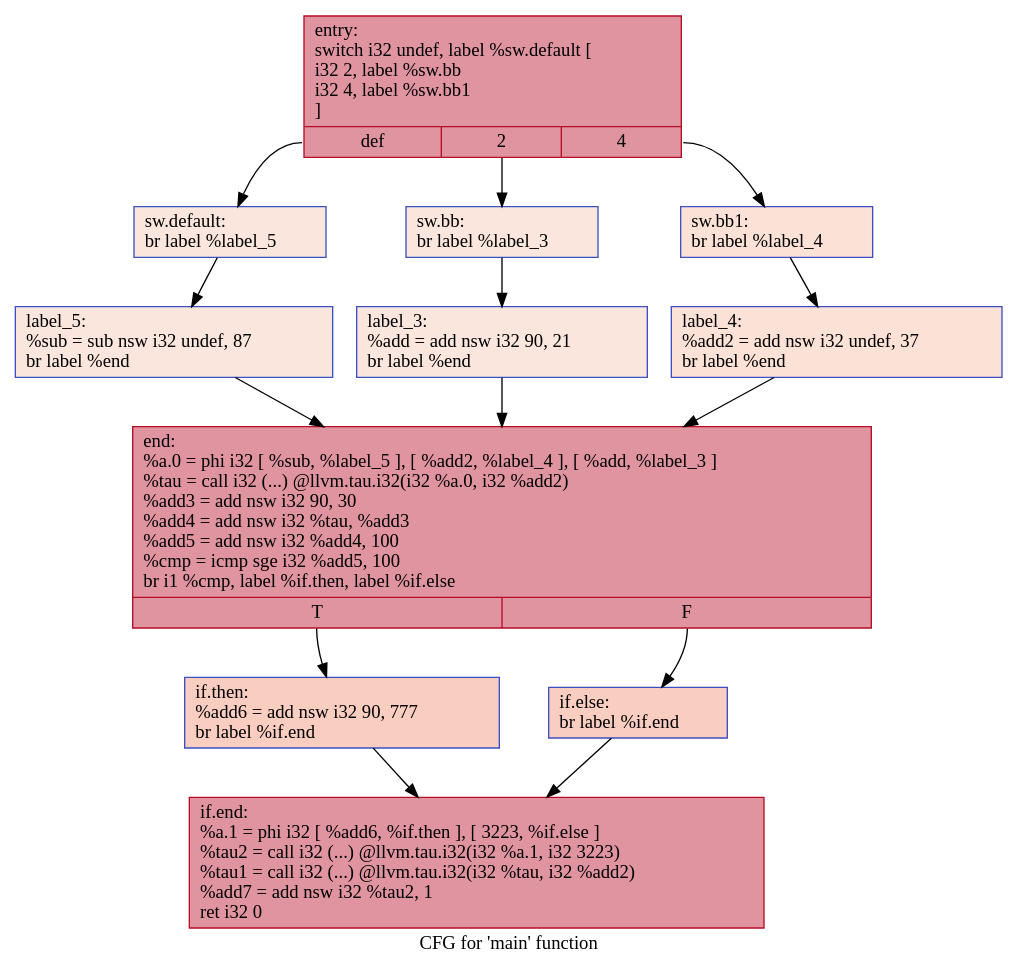
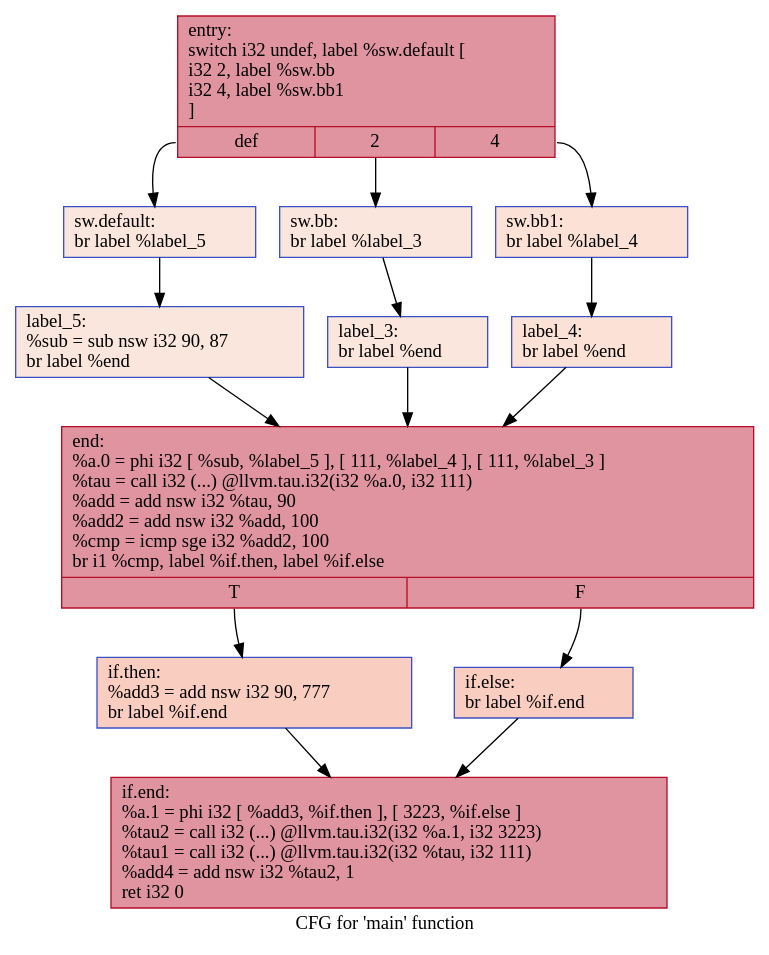
Before and after one commit to HPSSA-LLVM/HPSSA-LLVM: the diagram in IR/cfg/afterHPSSA.dot, drawn with Graphviz. The commit also changed 36 other files, not shown here.

```diff
--- a/IR/cfg/afterHPSSA.dot
+++ b/IR/cfg/afterHPSSA.dot
@@ -1,28 +1,28 @@
 digraph "CFG for 'main' function" {
 	label="CFG for 'main' function";
 
-	Node0x5622b05ea990 [shape=record,color="#b70d28ff", style=filled, fillcolor="#b70d2870",label="{entry:\l  switch i32 undef, label %sw.default [\l    i32 2, label %sw.bb\l    i32 4, label %sw.bb1\l  ]\l|{<s0>def|<s1>2|<s2>4}}"];
-	Node0x5622b05ea990:s0 -> Node0x5622b05eaef0;
-	Node0x5622b05ea990:s1 -> Node0x5622b05eaf70;
-	Node0x5622b05ea990:s2 -> Node0x5622b05eb010;
-	Node0x5622b05eaf70 [shape=record,color="#3d50c3ff", style=filled, fillcolor="#f3c7b170",label="{sw.bb:                                            \l  br label %label_3\l}"];
-	Node0x5622b05eaf70 -> Node0x5622b05eb1a0;
-	Node0x5622b05eb010 [shape=record,color="#3d50c3ff", style=filled, fillcolor="#f7bca170",label="{sw.bb1:                                           \l  br label %label_4\l}"];
-	Node0x5622b05eb010 -> Node0x5622b05eb280;
-	Node0x5622b05eaef0 [shape=record,color="#3d50c3ff", style=filled, fillcolor="#f3c7b170",label="{sw.default:                                       \l  br label %label_5\l}"];
-	Node0x5622b05eaef0 -> Node0x5622b05eb360;
-	Node0x5622b05eb1a0 [shape=record,color="#3d50c3ff", style=filled, fillcolor="#f3c7b170",label="{label_3:                                          \l  %add = add nsw i32 90, 21\l  br label %end\l}"];
-	Node0x5622b05eb1a0 -> Node0x5622b05eb550;
-	Node0x5622b05eb280 [shape=record,color="#3d50c3ff", style=filled, fillcolor="#f7bca170",label="{label_4:                                          \l  %add2 = add nsw i32 undef, 37\l  br label %end\l}"];
-	Node0x5622b05eb280 -> Node0x5622b05eb550;
-	Node0x5622b05eb360 [shape=record,color="#3d50c3ff", style=filled, fillcolor="#f3c7b170",label="{label_5:                                          \l  %sub = sub nsw i32 undef, 87\l  br label %end\l}"];
-	Node0x5622b05eb360 -> Node0x5622b05eb550;
-	Node0x5622b05eb550 [shape=record,color="#b70d28ff", style=filled, fillcolor="#b70d2870",label="{end:                                              \l  %a.0 = phi i32 [ %sub, %label_5 ], [ %add2, %label_4 ], [ %add, %label_3 ]\l  %tau = call i32 (...) @llvm.tau.i32(i32 %a.0, i32 %add2)\l  %add3 = add nsw i32 90, 30\l  %add4 = add nsw i32 %tau, %add3\l  %add5 = add nsw i32 %add4, 100\l  %cmp = icmp sge i32 %add5, 100\l  br i1 %cmp, label %if.then, label %if.else\l|{<s0>T|<s1>F}}"];
-	Node0x5622b05eb550:s0 -> Node0x5622b05ec070;
-	Node0x5622b05eb550:s1 -> Node0x5622b05ec0e0;
-	Node0x5622b05ec070 [shape=record,color="#3d50c3ff", style=filled, fillcolor="#f2907270",label="{if.then:                                          \l  %add6 = add nsw i32 90, 777\l  br label %if.end\l}"];
-	Node0x5622b05ec070 -> Node0x5622b05ec2e0;
-	Node0x5622b05ec0e0 [shape=record,color="#3d50c3ff", style=filled, fillcolor="#f2907270",label="{if.else:                                          \l  br label %if.end\l}"];
-	Node0x5622b05ec0e0 -> Node0x5622b05ec2e0;
-	Node0x5622b05ec2e0 [shape=record,color="#b70d28ff", style=filled, fillcolor="#b70d2870",label="{if.end:                                           \l  %a.1 = phi i32 [ %add6, %if.then ], [ 3223, %if.else ]\l  %tau2 = call i32 (...) @llvm.tau.i32(i32 %a.1, i32 3223)\l  %tau1 = call i32 (...) @llvm.tau.i32(i32 %tau, i32 %add2)\l  %add7 = add nsw i32 %tau2, 1\l  ret i32 0\l}"];
+	Node0x5597a2e50920 [shape=record,color="#b70d28ff", style=filled, fillcolor="#b70d2870",label="{entry:\l  switch i32 undef, label %sw.default [\l    i32 2, label %sw.bb\l    i32 4, label %sw.bb1\l  ]\l|{<s0>def|<s1>2|<s2>4}}"];
+	Node0x5597a2e50920:s0 -> Node0x5597a2e50e80;
+	Node0x5597a2e50920:s1 -> Node0x5597a2e50f00;
+	Node0x5597a2e50920:s2 -> Node0x5597a2e50fa0;
+	Node0x5597a2e50f00 [shape=record,color="#3d50c3ff", style=filled, fillcolor="#f3c7b170",label="{sw.bb:                                            \l  br label %label_3\l}"];
+	Node0x5597a2e50f00 -> Node0x5597a2e51130;
+	Node0x5597a2e50fa0 [shape=record,color="#3d50c3ff", style=filled, fillcolor="#f7bca170",label="{sw.bb1:                                           \l  br label %label_4\l}"];
+	Node0x5597a2e50fa0 -> Node0x5597a2e51210;
+	Node0x5597a2e50e80 [shape=record,color="#3d50c3ff", style=filled, fillcolor="#f3c7b170",label="{sw.default:                                       \l  br label %label_5\l}"];
+	Node0x5597a2e50e80 -> Node0x5597a2e512f0;
+	Node0x5597a2e51130 [shape=record,color="#3d50c3ff", style=filled, fillcolor="#f3c7b170",label="{label_3:                                          \l  br label %end\l}"];
+	Node0x5597a2e51130 -> Node0x5597a2e513d0;
+	Node0x5597a2e51210 [shape=record,color="#3d50c3ff", style=filled, fillcolor="#f7bca170",label="{label_4:                                          \l  br label %end\l}"];
+	Node0x5597a2e51210 -> Node0x5597a2e513d0;
+	Node0x5597a2e512f0 [shape=record,color="#3d50c3ff", style=filled, fillcolor="#f3c7b170",label="{label_5:                                          \l  %sub = sub nsw i32 90, 87\l  br label %end\l}"];
+	Node0x5597a2e512f0 -> Node0x5597a2e513d0;
+	Node0x5597a2e513d0 [shape=record,color="#b70d28ff", style=filled, fillcolor="#b70d2870",label="{end:                                              \l  %a.0 = phi i32 [ %sub, %label_5 ], [ 111, %label_4 ], [ 111, %label_3 ]\l  %tau = call i32 (...) @llvm.tau.i32(i32 %a.0, i32 111)\l  %add = add nsw i32 %tau, 90\l  %add2 = add nsw i32 %add, 100\l  %cmp = icmp sge i32 %add2, 100\l  br i1 %cmp, label %if.then, label %if.else\l|{<s0>T|<s1>F}}"];
+	Node0x5597a2e513d0:s0 -> Node0x5597a2e51d90;
+	Node0x5597a2e513d0:s1 -> Node0x5597a2e51e00;
+	Node0x5597a2e51d90 [shape=record,color="#3d50c3ff", style=filled, fillcolor="#f2907270",label="{if.then:                                          \l  %add3 = add nsw i32 90, 777\l  br label %if.end\l}"];
+	Node0x5597a2e51d90 -> Node0x5597a2e52000;
+	Node0x5597a2e51e00 [shape=record,color="#3d50c3ff", style=filled, fillcolor="#f2907270",label="{if.else:                                          \l  br label %if.end\l}"];
+	Node0x5597a2e51e00 -> Node0x5597a2e52000;
+	Node0x5597a2e52000 [shape=record,color="#b70d28ff", style=filled, fillcolor="#b70d2870",label="{if.end:                                           \l  %a.1 = phi i32 [ %add3, %if.then ], [ 3223, %if.else ]\l  %tau2 = call i32 (...) @llvm.tau.i32(i32 %a.1, i32 3223)\l  %tau1 = call i32 (...) @llvm.tau.i32(i32 %tau, i32 111)\l  %add4 = add nsw i32 %tau2, 1\l  ret i32 0\l}"];
 }
```
